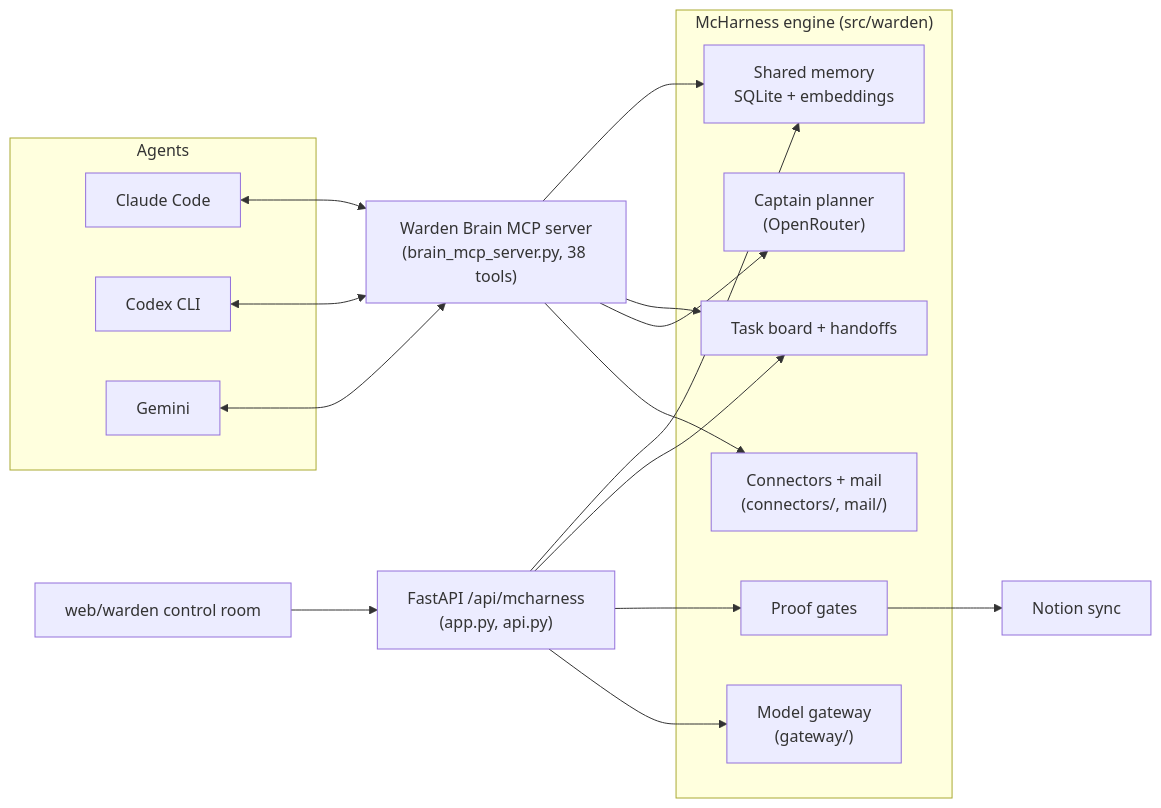
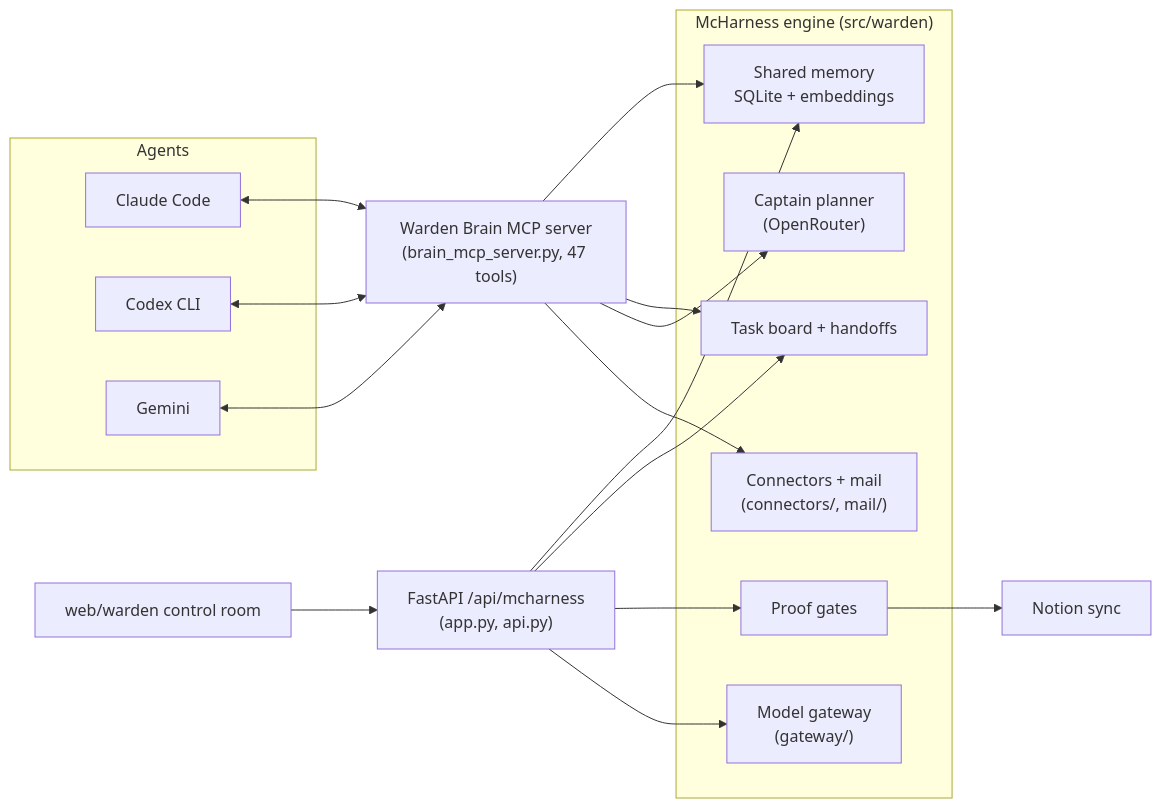
Before and after one commit to matthewjmcbridejr-code/Warden: the diagram in docs/architecture.md, drawn with Mermaid. The commit also changed other lines of this file and 8 other files, not shown here.

First line of the commit message:
feat(warden): stdio-first MCP docs, semantic-search degradation notes, repo hygiene

````diff
--- a/docs/architecture.md
+++ b/docs/architecture.md
@@ -7,26 +7,26 @@
 ```mermaid
 flowchart LR
   subgraph Agents
     CC[Claude Code]
     CX[Codex CLI]
     GM[Gemini]
   end
-  MCP["Warden Brain MCP server<br/>(brain_mcp_server.py, 38 tools)"]
+  MCP["Warden Brain MCP server<br/>(brain_mcp_server.py, 47 tools)"]
   subgraph Engine["McHarness engine (src/warden)"]
     MEM["Shared memory<br/>SQLite + embeddings"]
     BOARD["Task board + handoffs"]
     CAPT["Captain planner<br/>(OpenRouter)"]
     GATE["Proof gates"]
     GW["Model gateway<br/>(gateway/)"]
     CONN["Connectors + mail<br/>(connectors/, mail/)"]
   end
   API["FastAPI /api/mcharness<br/>(app.py, api.py)"]
   UI["web/warden control room"]
   NOTION["Notion sync"]
 
   CC & CX & GM <--> MCP
   MCP --> MEM & BOARD & CAPT & CONN
   API --> MEM & BOARD & GATE & GW
   UI --> API
   GATE --> NOTION
 ```
````
